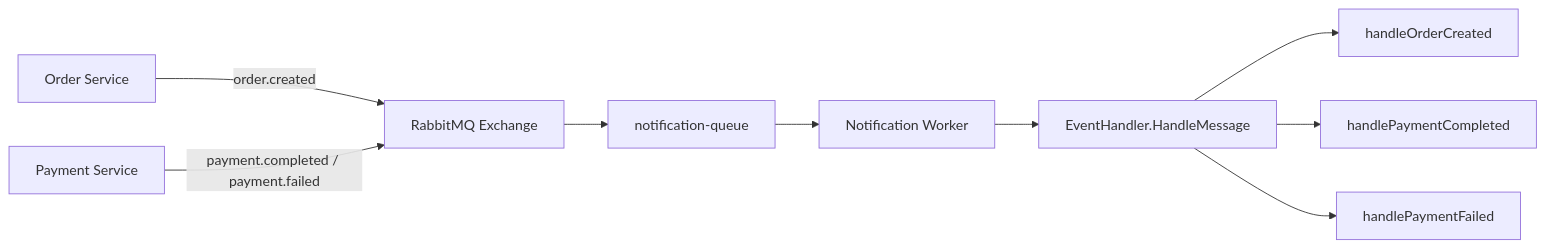
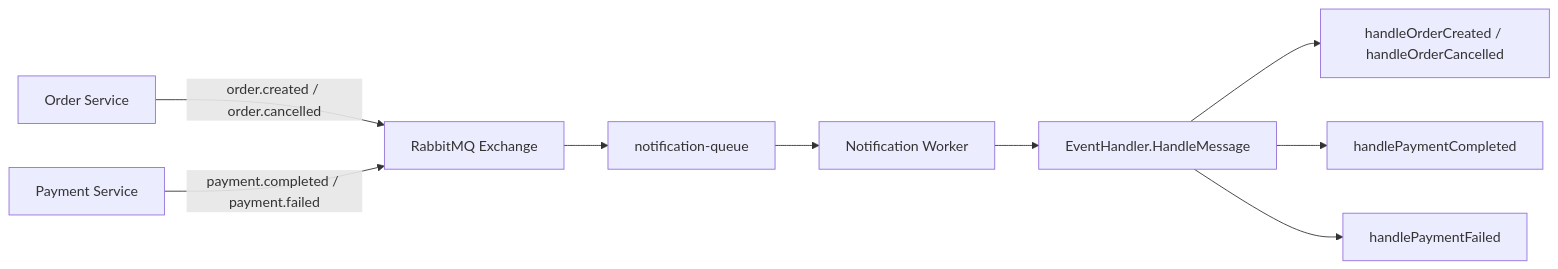
One commit to NguyenDung278/E-CommerceMicroservicesPlatform changed the diagram in docs/deep-dive/notification-service.md. Above: the diagram before and after it, drawn with Mermaid. The commit also changed other lines of this file and 80 other files, not shown here.

````diff
--- a/docs/deep-dive/notification-service.md
+++ b/docs/deep-dive/notification-service.md
@@ -30,11 +31,11 @@
 ```mermaid
 flowchart LR
-    A["Order Service"] -->|"order.created"| B["RabbitMQ Exchange"]
+    A["Order Service"] -->|"order.created / order.cancelled"| B["RabbitMQ Exchange"]
     C["Payment Service"] -->|"payment.completed / payment.failed"| B
     B --> D["notification-queue"]
     D --> E["Notification Worker"]
     E --> F["EventHandler.HandleMessage"]
-    F --> G["handleOrderCreated"]
+    F --> G["handleOrderCreated / handleOrderCancelled"]
     F --> H["handlePaymentCompleted"]
     F --> I["handlePaymentFailed"]
 ```
````
